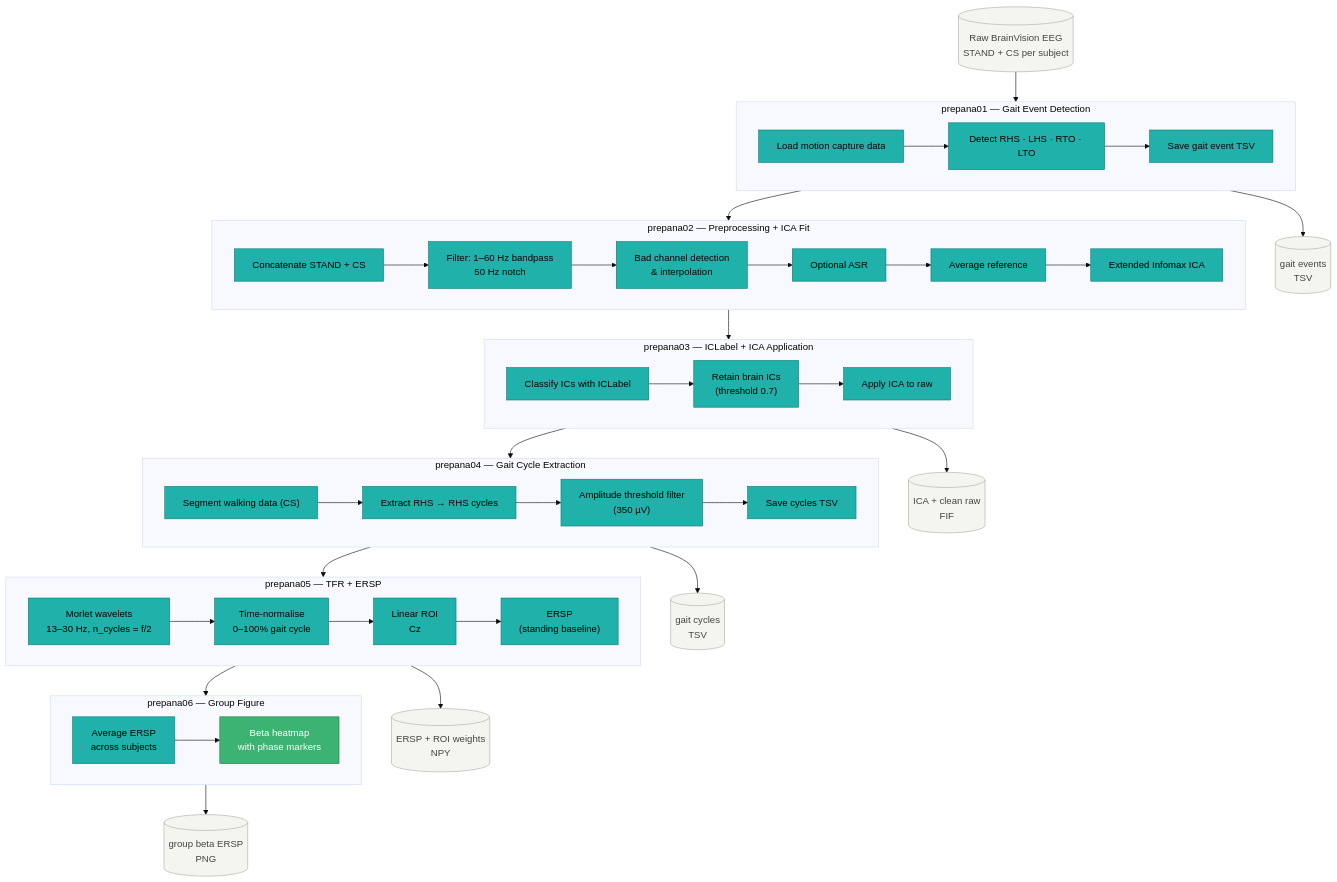
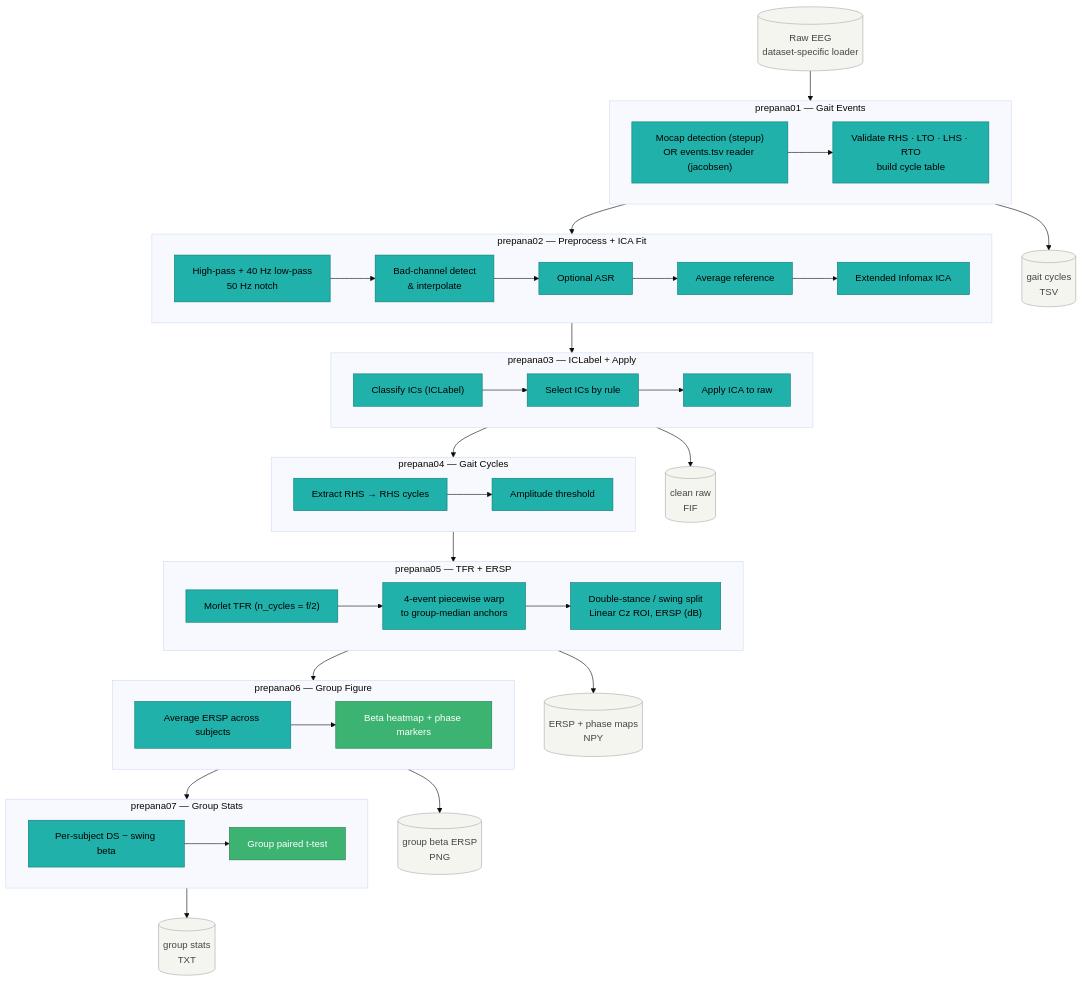
The first of 3 diagrams in readme.md (vaishvd/betaGaitMultiverse), drawn with Mermaid (base theme) before and after one commit. The commit also changed other lines of this file, not shown here.

Commit message:
Refactor README to enhance clarity on beta activity analysis; update dataset descriptions and preprocessing details

````diff
--- a/readme.md
+++ b/readme.md
@@ -119,69 +86,64 @@
 ```mermaid
 flowchart TD
 
-D0[(Raw BrainVision EEG\nSTAND + CS per subject)]:::store
+D0[(Raw EEG<br/>dataset-specific loader)]:::store
 
-subgraph S1["prepana01 — Gait Event Detection"]
-  A1["Load motion capture data"]:::step
-  A2["Detect RHS · LHS · RTO · LTO"]:::step
-  A3["Save gait event TSV"]:::step
-  A1 --> A2 --> A3
+subgraph S1["prepana01 — Gait Events"]
+  A1["Mocap detection (stepup)<br/>OR events.tsv reader (jacobsen)"]:::step
+  A2["Validate RHS · LTO · LHS · RTO<br/>build cycle table"]:::step
+  A1 --> A2
 end
 
-subgraph S2["prepana02 — Preprocessing + ICA Fit"]
-  B1["Concatenate STAND + CS"]:::step
-  B2["Filter: 1–60 Hz bandpass\n50 Hz notch"]:::step
-  B3["Bad channel detection\n& interpolation"]:::step
-  B4["Optional ASR"]:::step
-  B5["Average reference"]:::step
-  B6["Extended Infomax ICA"]:::step
-  B1 --> B2 --> B3 --> B4 --> B5 --> B6
+subgraph S2["prepana02 — Preprocess + ICA Fit"]
+  B1["High-pass + 40 Hz low-pass<br/>50 Hz notch"]:::step
+  B2["Bad-channel detect<br/>& interpolate"]:::step
+  B3["Optional ASR"]:::step
+  B4["Average reference"]:::step
+  B5["Extended Infomax ICA"]:::step
+  B1 --> B2 --> B3 --> B4 --> B5
 end
 
-subgraph S3["prepana03 — ICLabel + ICA Application"]
-  C1["Classify ICs with ICLabel"]:::step
-  C2["Retain brain ICs\n(threshold 0.7)"]:::step
+subgraph S3["prepana03 — ICLabel + Apply"]
+  C1["Classify ICs (ICLabel)"]:::step
+  C2["Select ICs by rule"]:::step
   C3["Apply ICA to raw"]:::step
   C1 --> C2 --> C3
 end
 
-subgraph S4["prepana04 — Gait Cycle Extraction"]
-  D1["Segment walking data (CS)"]:::step
-  D2["Extract RHS → RHS cycles"]:::step
-  D3["Amplitude threshold filter\n(350 µV)"]:::step
-  D4["Save cycles TSV"]:::step
-  D1 --> D2 --> D3 --> D4
+subgraph S4["prepana04 — Gait Cycles"]
+  E1["Extract RHS → RHS cycles"]:::step
+  E2["Amplitude threshold"]:::step
+  E1 --> E2
 end
 
 subgraph S5["prepana05 — TFR + ERSP"]
-  E1["Morlet wavelets\n13–30 Hz, n_cycles = f/2"]:::step
-  E2["Time-normalise\n0–100% gait cycle"]:::step
-  E3["Linear ROI\nCz"]:::step
-  E4["ERSP\n(standing baseline)"]:::step
-  E1 --> E2 --> E3 --> E4
+  F1["Morlet TFR (n_cycles = f/2)"]:::step
+  F2["4-event piecewise warp<br/>to group-median anchors"]:::step
+  F3["Double-stance / swing split<br/>Linear Cz ROI, ERSP (dB)"]:::step
+  F1 --> F2 --> F3
 end
 
 subgraph S6["prepana06 — Group Figure"]
-  F1["Average ERSP\nacross subjects"]:::step
-  F2["Beta heatmap\nwith phase markers"]:::out
-  F1 --> F2
+  G1["Average ERSP across subjects"]:::step
+  G2["Beta heatmap + phase markers"]:::out
+  G1 --> G2
 end
 
-D0 --> S1 --> S2 --> S3 --> S4 --> S5 --> S6
+subgraph S7["prepana07 — Group Stats"]
+  H1["Per-subject DS − swing beta"]:::step
+  H2["Group paired t-test"]:::out
+  H1 --> H2
+end
 
-D1e[(gait events\nTSV)]:::store
-D2e[(ICA + clean raw\nFIF)]:::store
-D3e[(gait cycles\nTSV)]:::store
-D4e[(ERSP + ROI weights\nNPY)]:::store
-D5e[(group beta ERSP\nPNG)]:::store
+D0 --> S1 --> S2 --> S3 --> S4 --> S5 --> S6 --> S7
 
-S1 --> D1e
-S3 --> D2e
-S4 --> D3e
-S5 --> D4e
-S6 --> D5e
+S1 --> D1[(gait cycles<br/>TSV)]:::store
+S3 --> D2[(clean raw<br/>FIF)]:::store
+S5 --> D3[(ERSP + phase maps<br/>NPY)]:::store
+S6 --> D4[(group beta ERSP<br/>PNG)]:::store
+S7 --> D5[(group stats<br/>TXT)]:::store
 
 classDef step  fill:#20B2AA,stroke:#0e7a74,color:#000
 classDef out   fill:#3CB371,stroke:#277a4d,color:#fff
 classDef store fill:#f5f5f0,stroke:#aaa,color:#444
 ```
````
